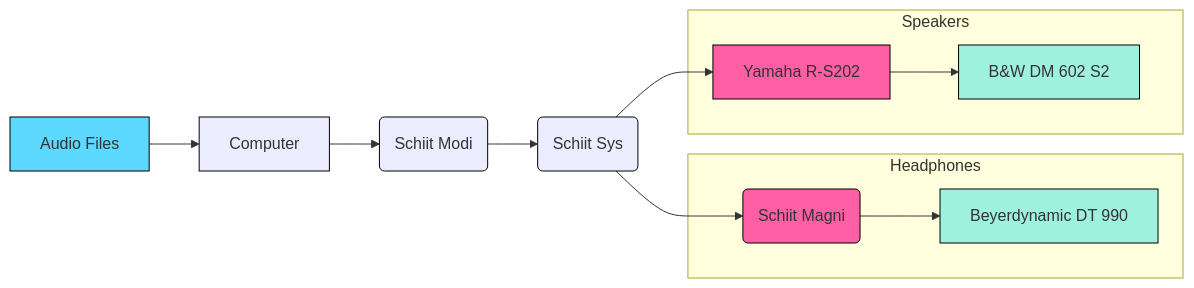
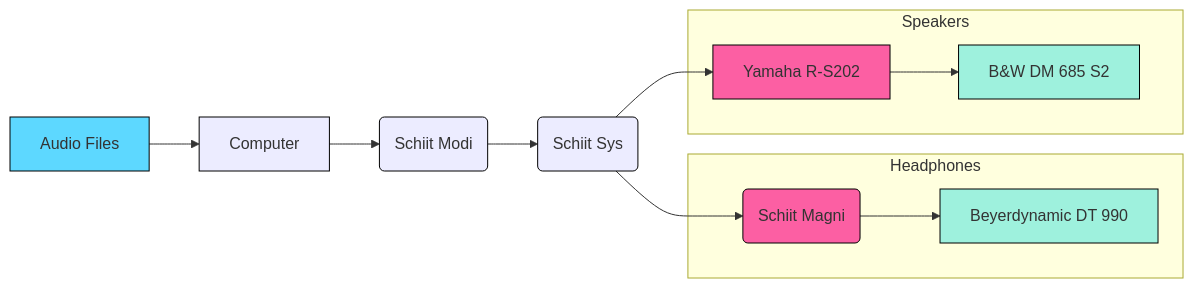
One commit to raayan/raayanpillai.com changed the diagram in _posts/2019-09-02-schiit-stack.md. Above: the diagram before and after it, drawn with Mermaid. The commit also changed other lines of this file, not shown here.

Commit message:
Speaker name typo

````diff
--- a/_posts/2019-09-02-schiit-stack.md
+++ b/_posts/2019-09-02-schiit-stack.md
@@ -99,23 +99,23 @@
 ```mermaid
 graph LR;
     AF[Audio Files]-->MB[Computer];
 	MB-->DAC(Schiit Modi);
 	DAC-->SP(Schiit Sys);
 	SP-->HAMP(Schiit Magni);
 	SP-->AMP[Yamaha R-S202];
     subgraph Headphones;
     HAMP-->HP[Beyerdynamic DT 990];
     end;
     subgraph Speakers;
-    AMP-->SPK[B&W DM 602 S2];
+    AMP-->SPK[B&W DM 685 S2];
     end;
 
     classDef normal stroke:black;
     classDef source fill:#5DD8FF,stroke:black;
     classDef amp fill:#FC5FA3,stroke:black;
     classDef output fill:#9EF1DD,stroke:black;
     class AF source;
     class AMP,HAMP amp;
     class SPK,HP output;
     class MB,SP,DAC normal
 ```
````
